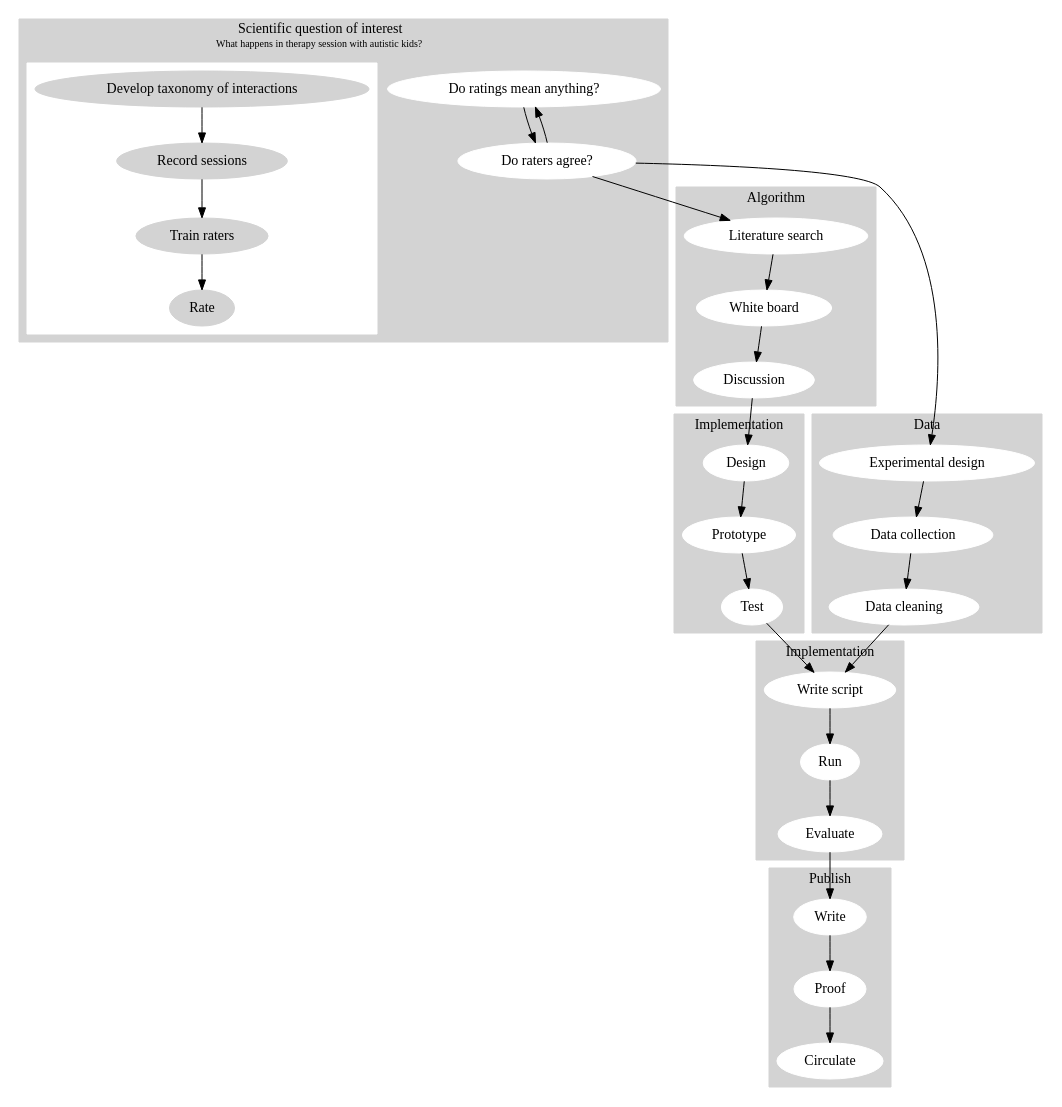
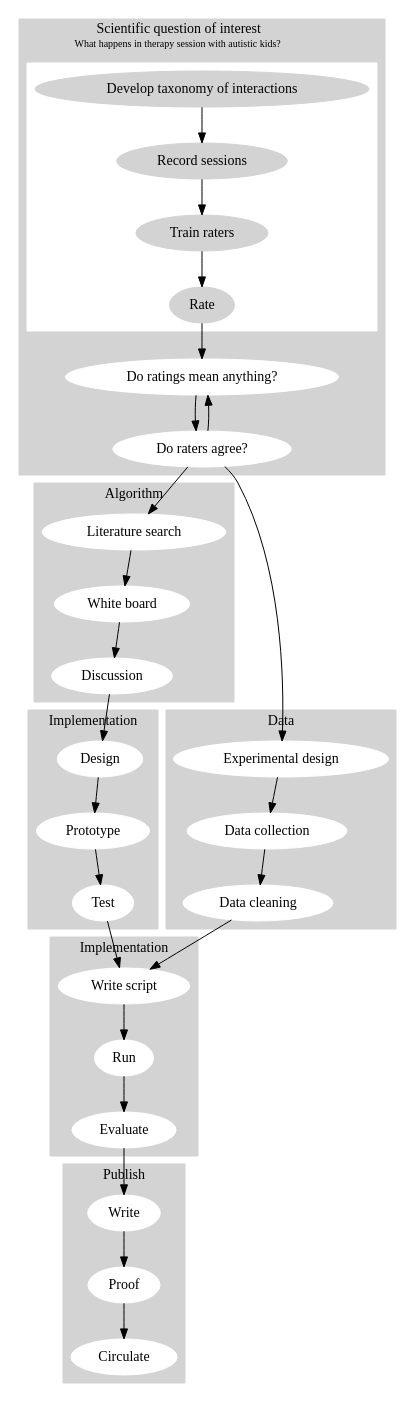
Before and after one commit to BIDS/repro-case-studies: the diagram in case-studies/millmanOttoboniStark.dot, drawn with Graphviz. The commit also changed 1 other file, not shown here.

```diff
--- a/case-studies/millmanOttoboniStark.dot
+++ b/case-studies/millmanOttoboniStark.dot
@@ -1,60 +1,61 @@
 digraph G {
     subgraph cluster0 {
         node [style=filled,color=white];
         style=filled;
         color=lightgrey;
         subgraph clusterA {
           node [style="filled",color=lightgrey];
           style="filled";
           color=white;
           "Develop taxonomy of interactions" -> "Record sessions" -> "Train raters" -> "Rate";
         }
         "Do ratings mean anything?" -> "Do raters agree?";
         "Do raters agree?" -> "Do ratings mean anything?";
         label = <Scientific question of interest<BR />
         <FONT POINT-SIZE="10">What happens in therapy session with autistic kids?
          </FONT>>;
     }
     subgraph cluster1 {
         node [style=filled,color=white];
         style=filled;
         color=lightgrey;
         "Experimental design" -> "Data collection" -> "Data cleaning";
         label = "Data";
     }
     subgraph cluster2 {
         node [style=filled,color=white];
         style=filled;
         color=lightgrey;
         "Literature search" -> "White board" -> "Discussion";
         label = "Algorithm";
     }
     subgraph cluster3 {
         node [style=filled,color=white];
         style=filled;
         color=lightgrey;
         "Design" -> "Prototype" -> "Test";
         label = "Implementation";
     }
     subgraph cluster4 {
         node [style=filled,color=white];
         style=filled;
         color=lightgrey;
         "Write script" -> "Run" -> "Evaluate";
         label = "Implementation";
     }
     subgraph cluster5 {
         node [style=filled,color=white];
         style=filled;
         color=lightgrey;
         "Write" -> "Proof" -> "Circulate";
         label = "Publish";
     }
 
+    "Rate" -> "Do ratings mean anything?";
     "Do raters agree?" -> "Experimental design";
     "Discussion" -> "Design";
     "Do raters agree?" -> "Literature search";
     "Test" -> "Write script";
     "Data cleaning" -> "Write script";
     "Evaluate" -> "Write";
 }
```
